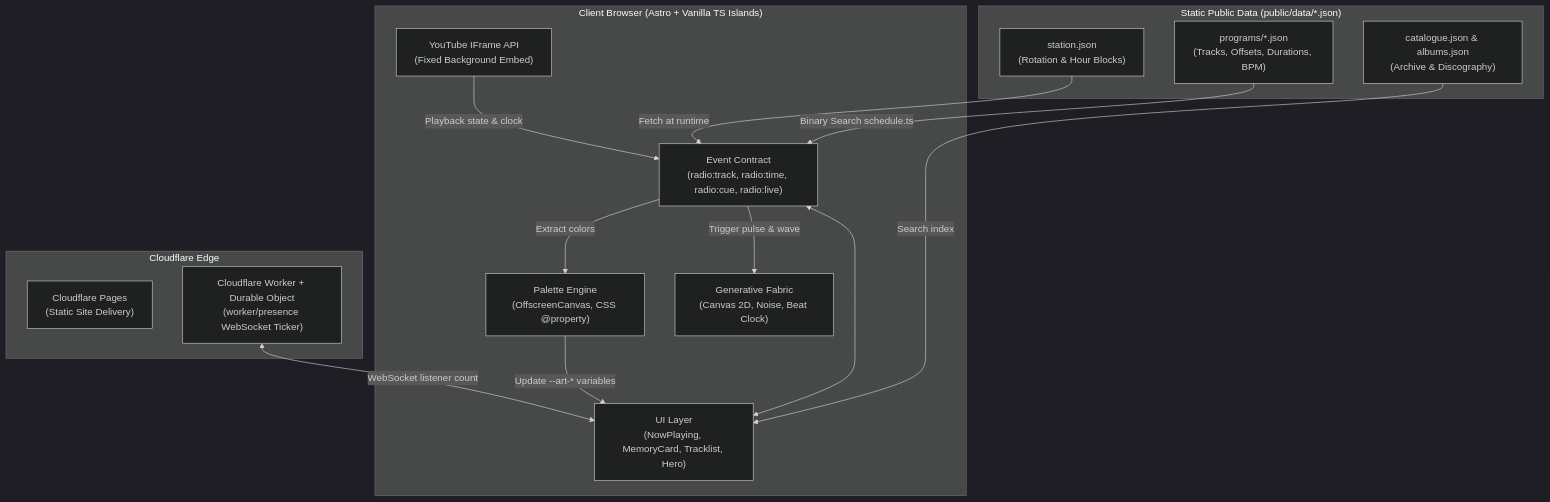
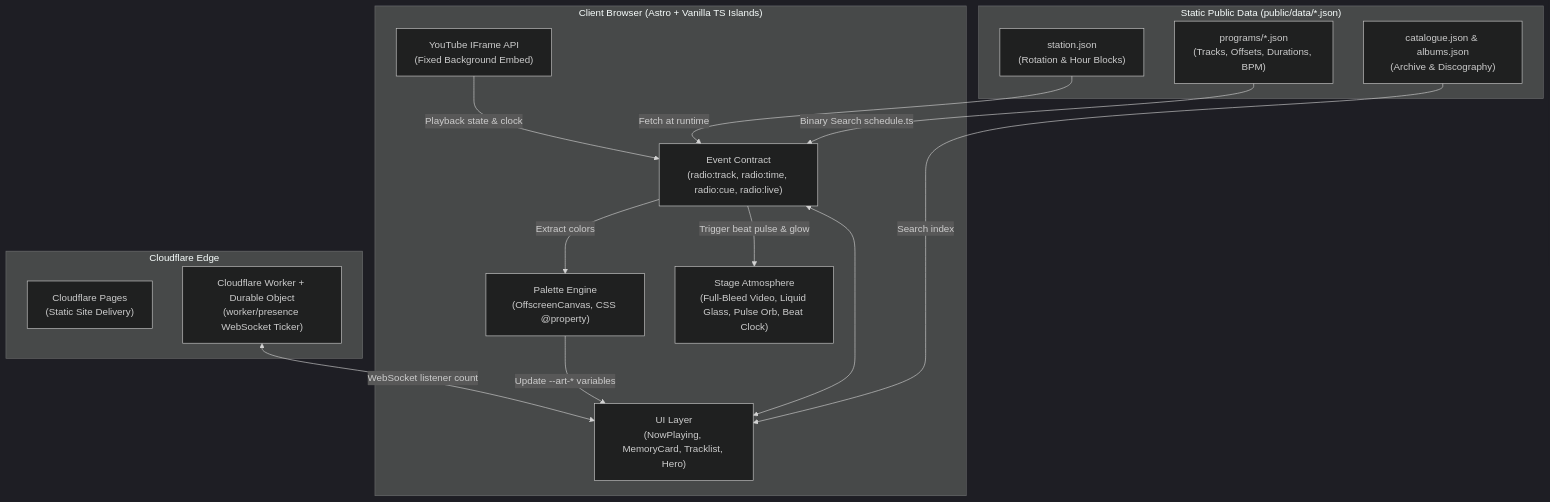
Before and after one commit to amansn7/again-radio: the diagram in README.md, drawn with Mermaid (dark theme). The commit also changed other lines of this file, not shown here.

Commit message:
docs: update README to reflect Rave-only design v3 architecture

````diff
--- a/README.md
+++ b/README.md
@@ -106,31 +101,31 @@
 ```mermaid
 flowchart TD
     subgraph Client ["Client Browser (Astro + Vanilla TS Islands)"]
         UI["UI Layer<br/>(NowPlaying, MemoryCard, Tracklist, Hero)"]
-        Fabric["Generative Fabric<br/>(Canvas 2D, Noise, Beat Clock)"]
+        Stage["Stage Atmosphere<br/>(Full-Bleed Video, Liquid Glass, Pulse Orb, Beat Clock)"]
         EventBus["Event Contract<br/>(radio:track, radio:time, radio:cue, radio:live)"]
         Palette["Palette Engine<br/>(OffscreenCanvas, CSS @property)"]
         YT["YouTube IFrame API<br/>(Fixed Background Embed)"]
     end
 
     subgraph Data ["Static Public Data (public/data/*.json)"]
         Station["station.json<br/>(Rotation & Hour Blocks)"]
         Programs["programs/*.json<br/>(Tracks, Offsets, Durations, BPM)"]
         Catalogue["catalogue.json & albums.json<br/>(Archive & Discography)"]
     end
 
     subgraph Cloudflare ["Cloudflare Edge"]
         Pages["Cloudflare Pages<br/>(Static Site Delivery)"]
         PresenceWorker["Cloudflare Worker + Durable Object<br/>(worker/presence WebSocket Ticker)"]
     end
 
     Station -->|Fetch at runtime| EventBus
     Programs -->|Binary Search schedule.ts| EventBus
     Catalogue -->|Search index| UI
     PresenceWorker <-->|WebSocket listener count| UI
     EventBus <--> UI
-    EventBus -->|Trigger pulse & wave| Fabric
+    EventBus -->|Trigger beat pulse & glow| Stage
     EventBus -->|Extract colors| Palette
     Palette -->|Update --art-* variables| UI
     YT -->|Playback state & clock| EventBus
 ```
````
